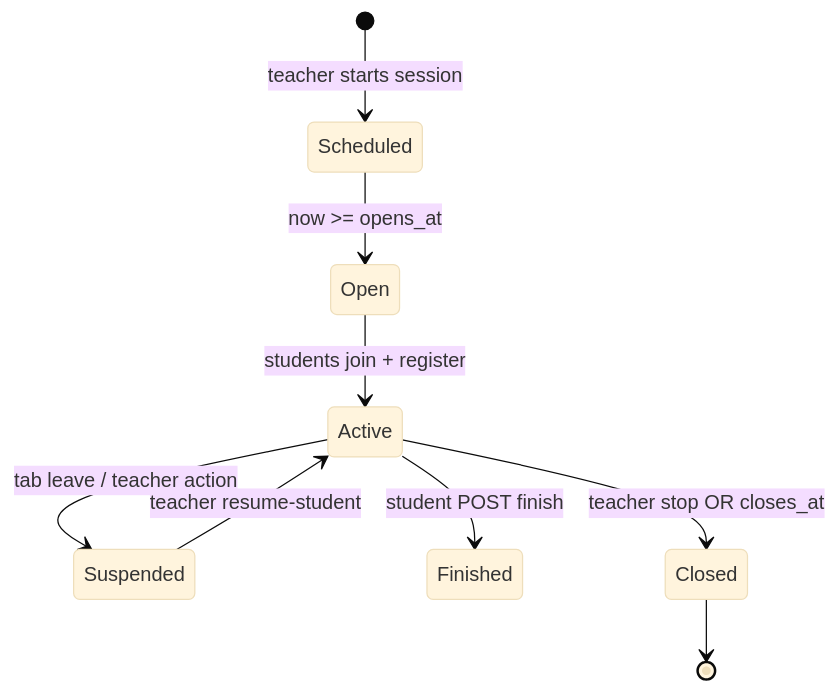
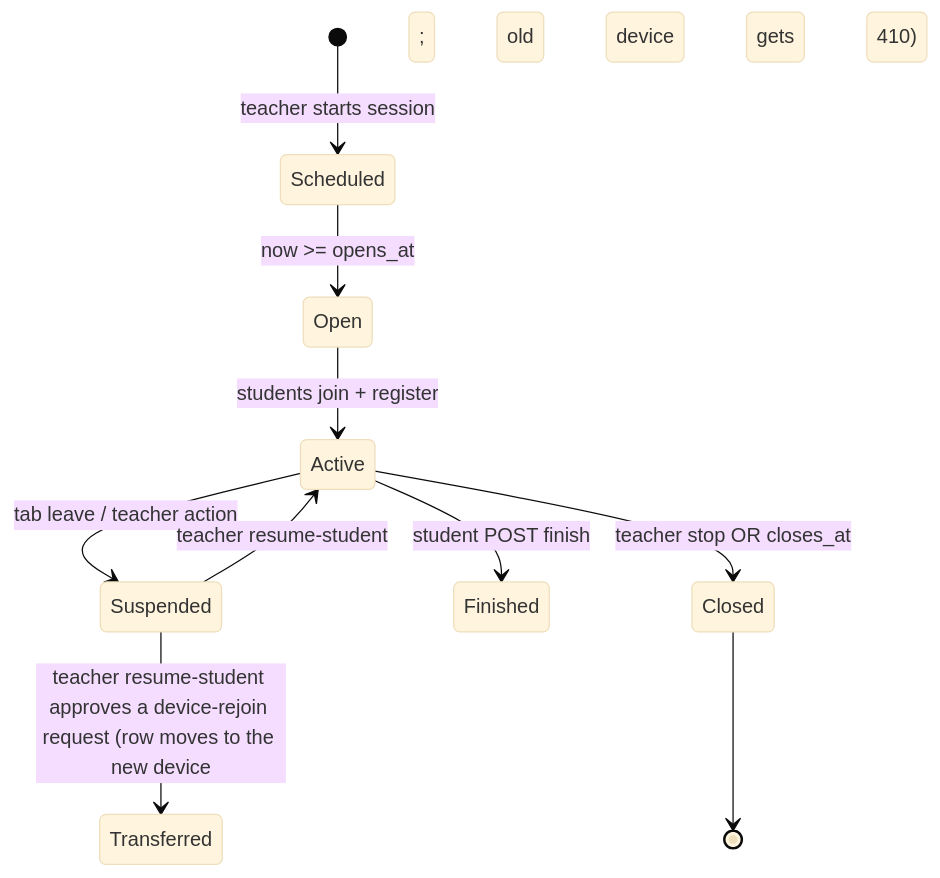
The second of 3 diagrams in docs/FEATURES.md (amithr/TruePaper), drawn with Mermaid (base theme) before and after one commit. The commit also changed other lines of this file and 57 other files, not shown here.

Commit message:
Updated re-entry flow

````diff
--- a/docs/FEATURES.md
+++ b/docs/FEATURES.md
@@ -303,11 +306,12 @@
 ```mermaid
 stateDiagram-v2
   [*] --> Scheduled: teacher starts session
   Scheduled --> Open: now >= opens_at
   Open --> Active: students join + register
   Active --> Suspended: tab leave / teacher action
   Suspended --> Active: teacher resume-student
+  Suspended --> Transferred: teacher resume-student approves a device-rejoin request (row moves to the new device; old device gets 410)
   Active --> Finished: student POST finish
   Active --> Closed: teacher stop OR closes_at
   Closed --> [*]
 ```
````
